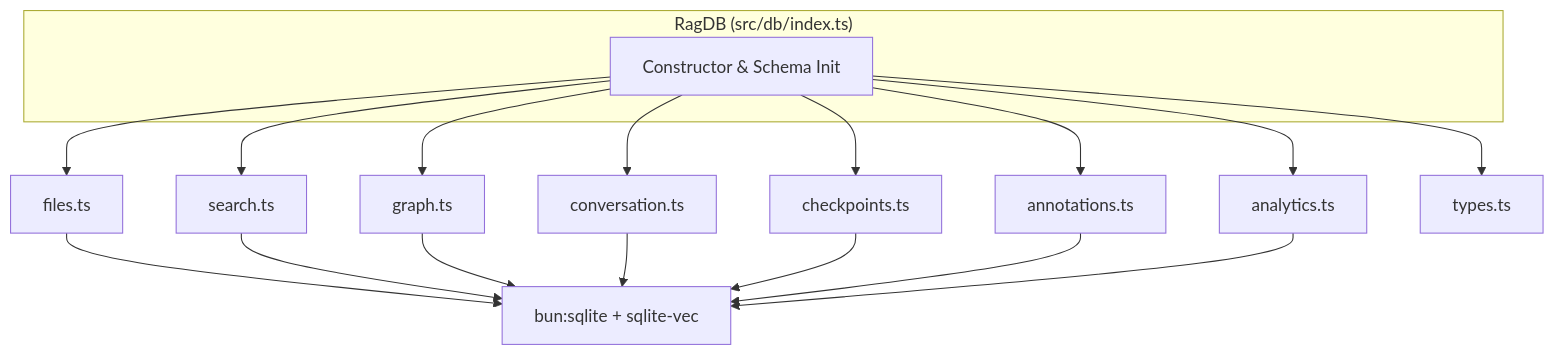
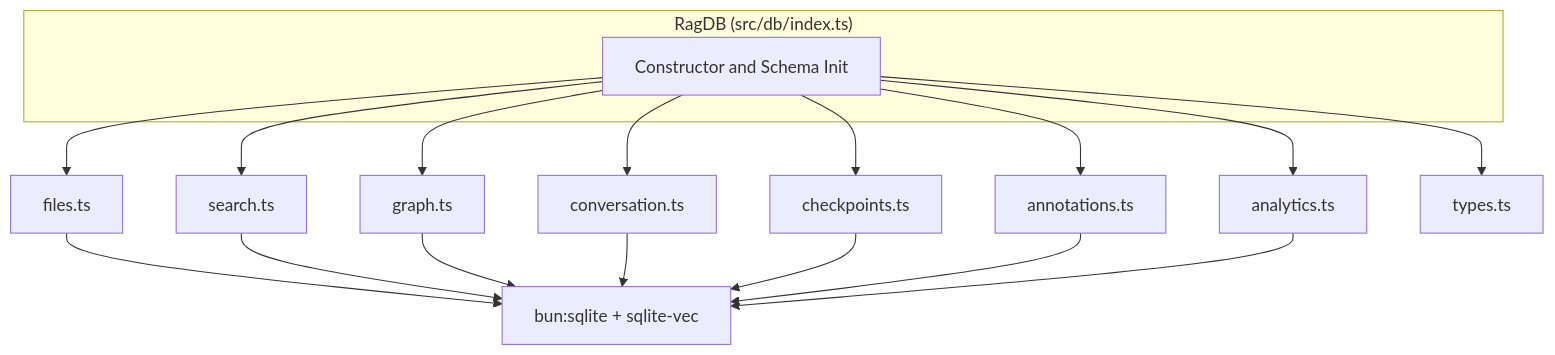
Before and after one commit to TheWinci/mimirs: the first of 2 diagrams in wiki/modules/db/index.md, drawn with Mermaid. The commit also changed other lines of this file and 27 other files, not shown here.

````diff
--- a/wiki/modules/db/index.md
+++ b/wiki/modules/db/index.md
@@ -10,23 +10,23 @@
 ```mermaid
 flowchart TD
   subgraph RagDBClass["RagDB (src/db/index.ts)"]
-    init["Constructor & Schema Init"]
+    init_fn["Constructor and Schema Init"]
   end
 
-  init --> fileOps["files.ts"]
-  init --> searchOps["search.ts"]
-  init --> graphOps["graph.ts"]
-  init --> convOps["conversation.ts"]
-  init --> cpOps["checkpoints.ts"]
-  init --> annOps["annotations.ts"]
-  init --> anlOps["analytics.ts"]
-  init --> types["types.ts"]
+  init_fn --> fileOps["files.ts"]
+  init_fn --> searchOps["search.ts"]
+  init_fn --> graphOps["graph.ts"]
+  init_fn --> convOps["conversation.ts"]
+  init_fn --> cpOps["checkpoints.ts"]
+  init_fn --> annOps["annotations.ts"]
+  init_fn --> anlOps["analytics.ts"]
+  init_fn --> types_file["types.ts"]
 
   fileOps --> sqlite["bun:sqlite + sqlite-vec"]
   searchOps --> sqlite
   graphOps --> sqlite
   convOps --> sqlite
   cpOps --> sqlite
   annOps --> sqlite
   anlOps --> sqlite
 ```
````
